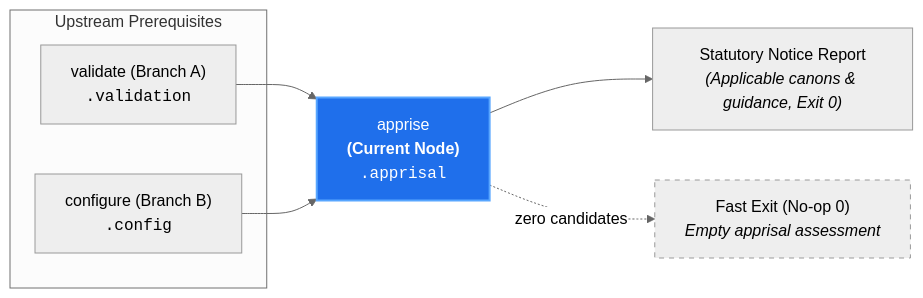
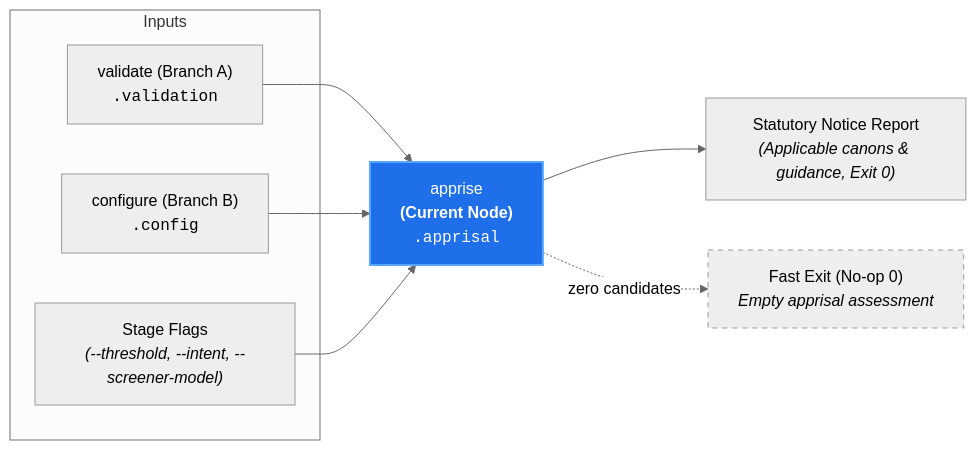
One commit to PAIR-code/canon-clerk changed the diagram in docs/architecture/nodes/apprise.md. Above: the diagram before and after it, drawn with Mermaid (neutral theme). The commit also changed 8 other files, not shown here.

Commit message:
docs(architecture): enrich localized node diagrams with stage flags and caseload inputs

````diff
--- a/docs/architecture/nodes/apprise.md
+++ b/docs/architecture/nodes/apprise.md
@@ -24,16 +24,18 @@
 ```mermaid
 flowchart LR
-    subgraph Upstream["Upstream Prerequisites"]
+    subgraph Inputs["Inputs"]
         Validate["validate (Branch A)<br/><code>.validation</code>"]
         Config["configure (Branch B)<br/><code>.config</code>"]
+        Params["Stage Flags<br/><i>(--threshold, --intent, --screener-model)</i>"]
     end
 
     Validate --> Apprise["apprise<br/><b>(Current Node)</b><br/><code>.apprisal</code>"]
     Config --> Apprise
+    Params --> Apprise
 
     Apprise --> Notice["Statutory Notice Report<br/><i>(Applicable canons & guidance, Exit 0)</i>"]
     Apprise -. "zero candidates" .-> EmptyNotice["Fast Exit (No-op 0)<br/><i>Empty apprisal assessment</i>"]
 
     style Apprise fill:#1f6feb,stroke:#58a6ff,stroke-width:2px,color:#fff
     style EmptyNotice stroke-dasharray: 5 5
 ```
````
